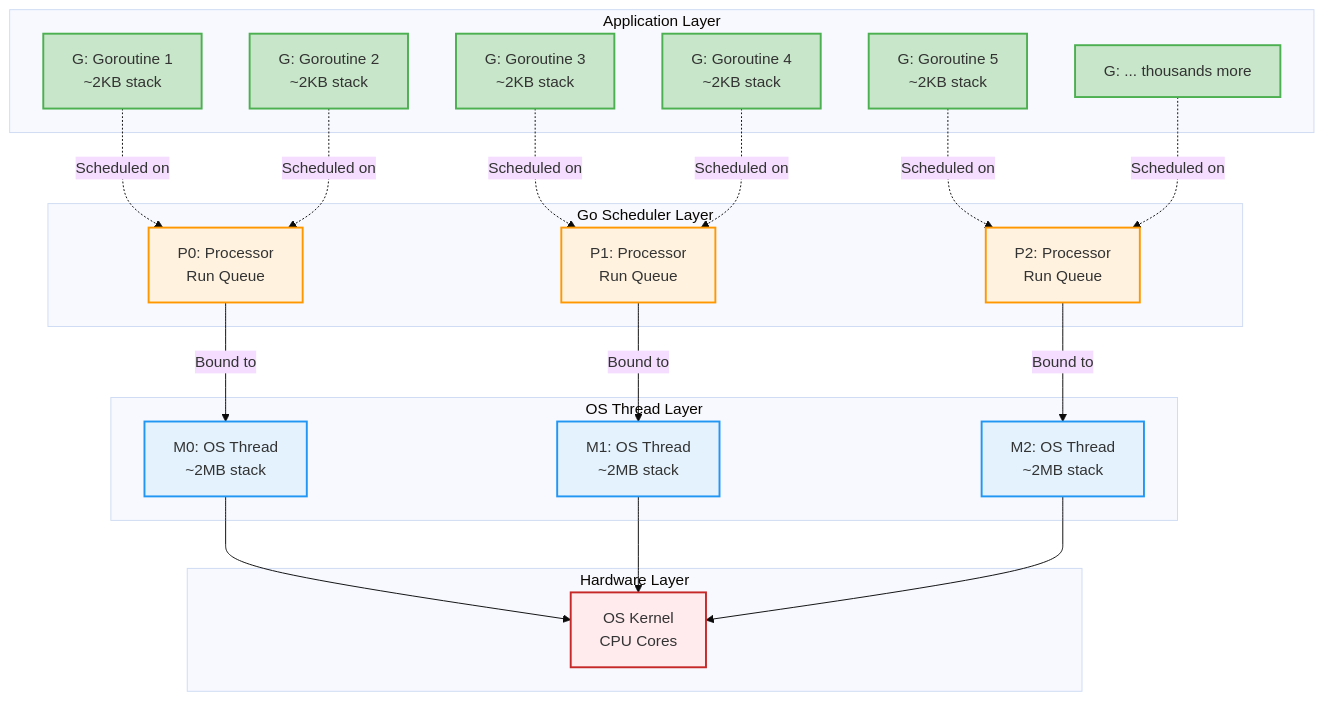
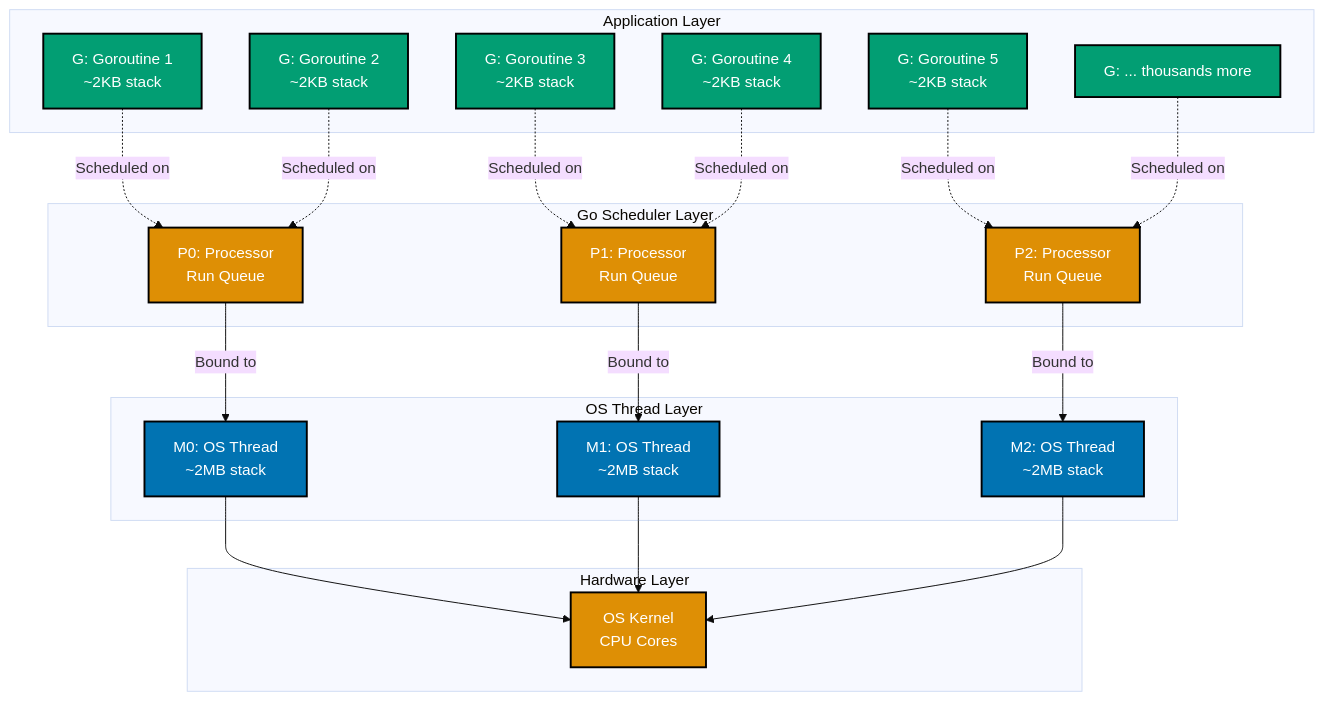
Before and after one commit to wahidyankf/open-sharia-enterprise: the second of 2 diagrams in docs/tutorials/software-engineering/programming-languages/golang/tu-soen-prla-gola__advanced.md, drawn with Mermaid (base theme). The commit also changed other lines of this file and 22 other files, not shown here.

First line of the commit message:
docs(diagrams): ensure all mermaid diagrams use color-blind friendly palette

````diff
--- a/docs/tutorials/software-engineering/programming-languages/golang/tu-soen-prla-gola__advanced.md
+++ b/docs/tutorials/software-engineering/programming-languages/golang/tu-soen-prla-gola__advanced.md
@@ -104,56 +110,56 @@
 ```mermaid
 graph TB
     subgraph "Application Layer"
         G1[G: Goroutine 1<br/>~2KB stack]
         G2[G: Goroutine 2<br/>~2KB stack]
         G3[G: Goroutine 3<br/>~2KB stack]
         G4[G: Goroutine 4<br/>~2KB stack]
         G5[G: Goroutine 5<br/>~2KB stack]
         GN[G: ... thousands more]
     end
 
     subgraph "Go Scheduler Layer"
         P0[P0: Processor<br/>Run Queue]
         P1[P1: Processor<br/>Run Queue]
         P2[P2: Processor<br/>Run Queue]
     end
 
     subgraph "OS Thread Layer"
         M0[M0: OS Thread<br/>~2MB stack]
         M1[M1: OS Thread<br/>~2MB stack]
         M2[M2: OS Thread<br/>~2MB stack]
     end
 
     subgraph "Hardware Layer"
         K[OS Kernel<br/>CPU Cores]
     end
 
     G1 -.->|Scheduled on| P0
     G2 -.->|Scheduled on| P0
     G3 -.->|Scheduled on| P1
     G4 -.->|Scheduled on| P1
     G5 -.->|Scheduled on| P2
     GN -.->|Scheduled on| P2
 
     P0 -->|Bound to| M0
     P1 -->|Bound to| M1
     P2 -->|Bound to| M2
 
     M0 --> K
     M1 --> K
     M2 --> K
 
-    style G1 fill:#C8E6C9,stroke:#4CAF50,stroke-width:2px
-    style G2 fill:#C8E6C9,stroke:#4CAF50,stroke-width:2px
-    style G3 fill:#C8E6C9,stroke:#4CAF50,stroke-width:2px
-    style G4 fill:#C8E6C9,stroke:#4CAF50,stroke-width:2px
-    style G5 fill:#C8E6C9,stroke:#4CAF50,stroke-width:2px
-    style GN fill:#C8E6C9,stroke:#4CAF50,stroke-width:2px
-    style P0 fill:#FFF3E0,stroke:#FF9800,stroke-width:2px
-    style P1 fill:#FFF3E0,stroke:#FF9800,stroke-width:2px
-    style P2 fill:#FFF3E0,stroke:#FF9800,stroke-width:2px
-    style M0 fill:#E3F2FD,stroke:#2196F3,stroke-width:2px
-    style M1 fill:#E3F2FD,stroke:#2196F3,stroke-width:2px
-    style M2 fill:#E3F2FD,stroke:#2196F3,stroke-width:2px
-    style K fill:#FFEBEE,stroke:#C62828,stroke-width:2px
+    style G1 fill:#029E73,stroke:#000000,color:#FFFFFF,stroke-width:2px
+    style G2 fill:#029E73,stroke:#000000,color:#FFFFFF,stroke-width:2px
+    style G3 fill:#029E73,stroke:#000000,color:#FFFFFF,stroke-width:2px
+    style G4 fill:#029E73,stroke:#000000,color:#FFFFFF,stroke-width:2px
+    style G5 fill:#029E73,stroke:#000000,color:#FFFFFF,stroke-width:2px
+    style GN fill:#029E73,stroke:#000000,color:#FFFFFF,stroke-width:2px
+    style P0 fill:#DE8F05,stroke:#000000,color:#FFFFFF,stroke-width:2px
+    style P1 fill:#DE8F05,stroke:#000000,color:#FFFFFF,stroke-width:2px
+    style P2 fill:#DE8F05,stroke:#000000,color:#FFFFFF,stroke-width:2px
+    style M0 fill:#0173B2,stroke:#000000,color:#FFFFFF,stroke-width:2px
+    style M1 fill:#0173B2,stroke:#000000,color:#FFFFFF,stroke-width:2px
+    style M2 fill:#0173B2,stroke:#000000,color:#FFFFFF,stroke-width:2px
+    style K fill:#DE8F05,stroke:#000000,color:#FFFFFF,stroke-width:2px
 ```
````
